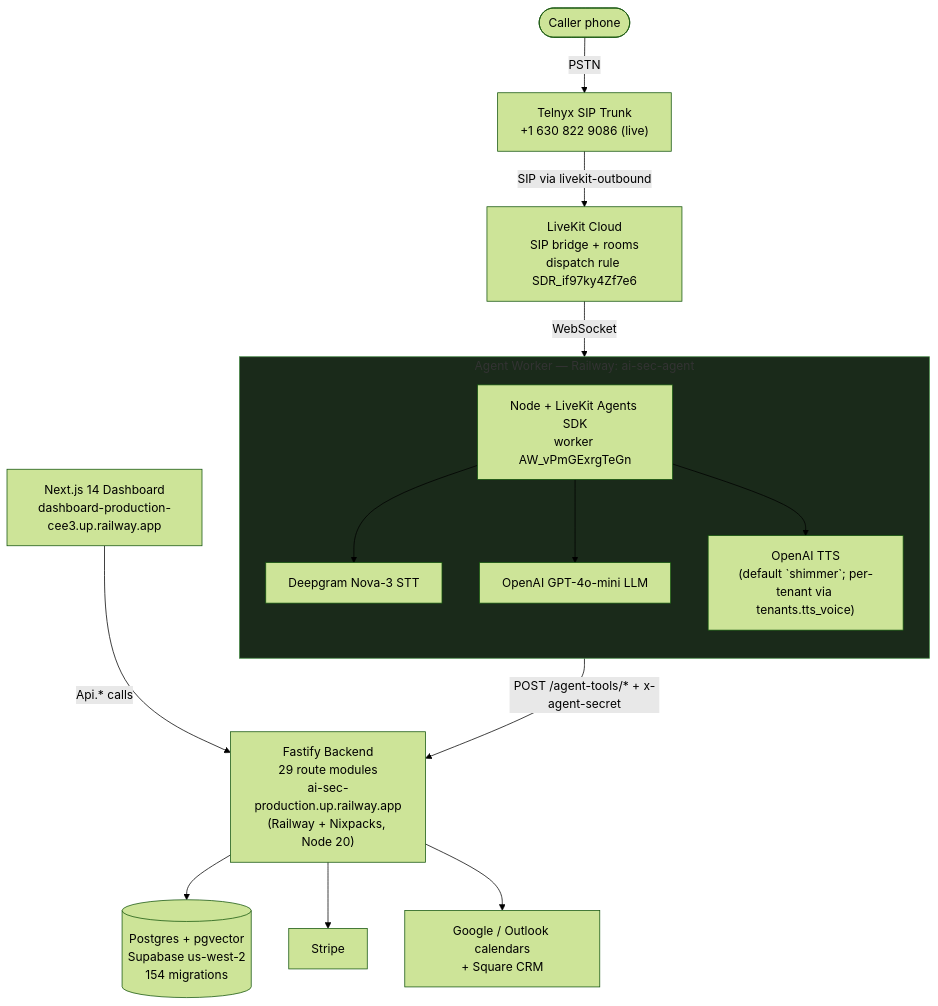
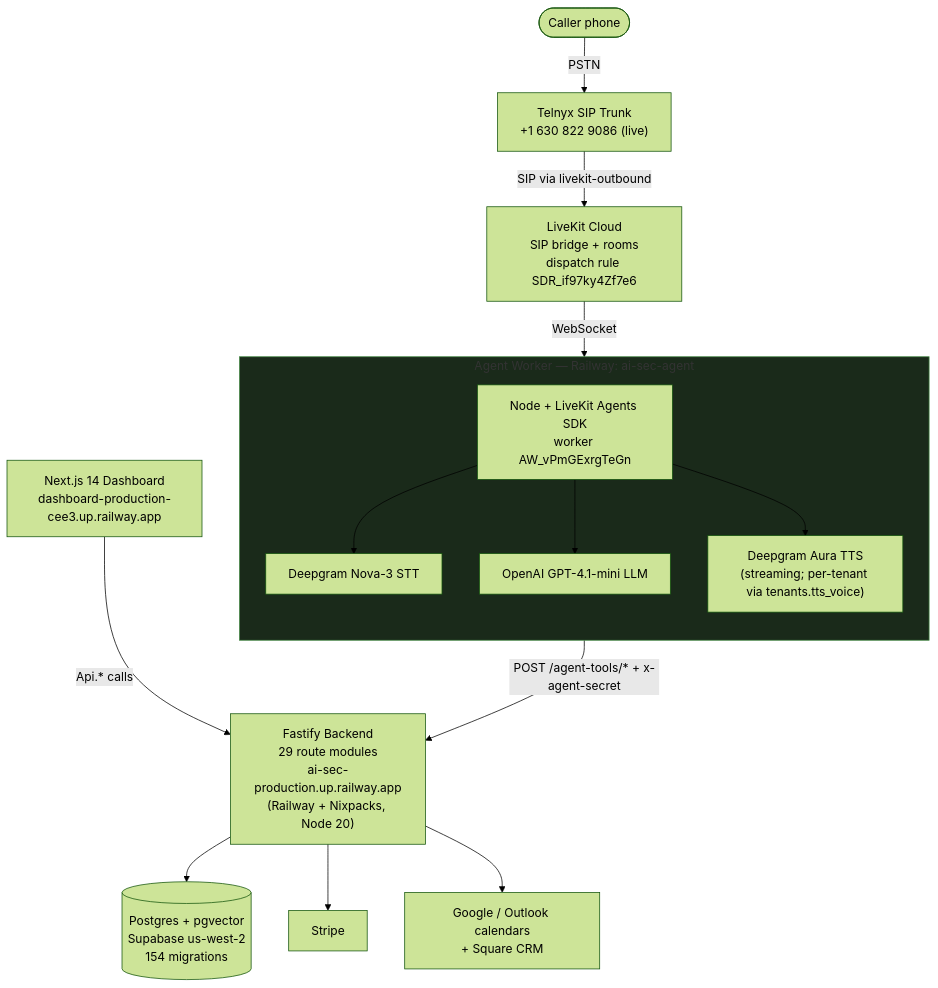
The first of 12 diagrams in docs/DIAGRAMS.md (ddemott/ai-sec), drawn with Mermaid (forest theme) before and after one commit. The commit also changed other lines of this file and 19 other files, not shown here.

First line of the commit message:
docs: correct every doc to the architecture we actually run

````diff
--- a/docs/DIAGRAMS.md
+++ b/docs/DIAGRAMS.md
@@ -27,37 +28,37 @@
 ```mermaid
 flowchart TB
   Caller([Caller phone])
   Telnyx["Telnyx SIP Trunk<br/>+1 630 822 9086 (live)"]
   Caller -->|PSTN| Telnyx
 
   LiveKit["LiveKit Cloud<br/>SIP bridge + rooms<br/>dispatch rule SDR_if97ky4Zf7e6"]
   Telnyx -->|SIP via livekit-outbound| LiveKit
 
   subgraph agentBox["Agent Worker — Railway: ai-sec-agent"]
     direction TB
     Agent["Node + LiveKit Agents SDK<br/>worker AW_vPmGExrgTeGn"]
     DG["Deepgram Nova-3 STT"]
-    OAI["OpenAI GPT-4o-mini LLM"]
-    TTS["OpenAI TTS<br/>(default `shimmer`; per-tenant via tenants.tts_voice)"]
+    OAI["OpenAI GPT-4.1-mini LLM"]
+    TTS["Deepgram Aura TTS<br/>(streaming; per-tenant via tenants.tts_voice)"]
     Agent --> DG
     Agent --> OAI
     Agent --> TTS
   end
 
   LiveKit -->|WebSocket| Agent
 
   Fastify["Fastify Backend<br/>29 route modules<br/>ai-sec-production.up.railway.app<br/>(Railway + Nixpacks, Node 20)"]
   Agent -->|POST /agent-tools/* + x-agent-secret| Fastify
 
   Postgres[("Postgres + pgvector<br/>Supabase us-west-2<br/>154 migrations")]
   Stripe["Stripe"]
   Integrations["Google / Outlook calendars<br/>+ Square CRM"]
   Dashboard["Next.js 14 Dashboard<br/>dashboard-production-cee3.up.railway.app"]
 
   Fastify --> Postgres
   Fastify --> Stripe
   Fastify --> Integrations
   Dashboard -->|Api.* calls| Fastify
 
   style agentBox fill:#1a2a1a,stroke:#484
 ```
````
